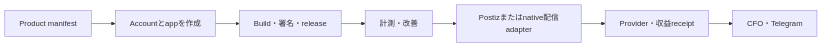
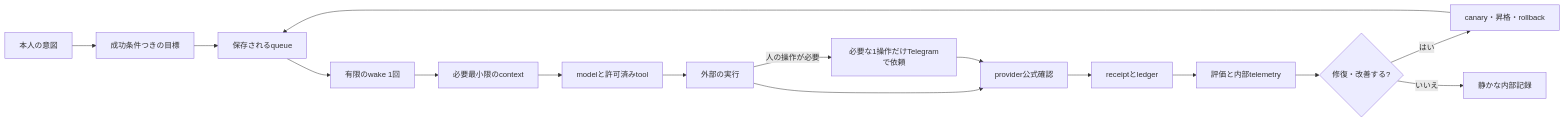
The diagram in README.ja.md (Daisuke134/life-manager), drawn with Mermaid before and after one commit. The commit also changed other lines of this file and 2 other files, not shown here.

Commit message:
docs: rewrite product readmes for cloud vision

````diff
--- a/README.ja.md
+++ b/README.ja.md
@@ -107,9 +39,18 @@
 ```mermaid
 flowchart LR
-  M[Product manifest] --> A[Accountとappを作成]
-  A --> B[Build・署名・release]
-  B --> I[計測・改善]
-  I --> D[Postizまたはnative配信adapter]
-  D --> R[Provider・収益receipt]
-  R --> C[CFO・Telegram]
+    I[本人の意図] --> G[成功条件つきの目標]
+    G --> Q[保存されるqueue]
+    Q --> W[有限のwake 1回]
+    W --> C[必要最小限のcontext]
+    C --> T[modelと許可済みtool]
+    T --> E[外部の実行]
+    E --> R[provider公式確認]
+    R --> L[receiptとledger]
+    L --> V[評価と内部telemetry]
+    V --> H{修復・改善する?}
+    H -->|はい| P[canary・昇格・rollback]
+    P --> Q
+    H -->|いいえ| N[静かな内部記録]
+    E -->|人の操作が必要| U[必要な1操作だけTelegramで依頼]
+    U --> R
 ```
````
